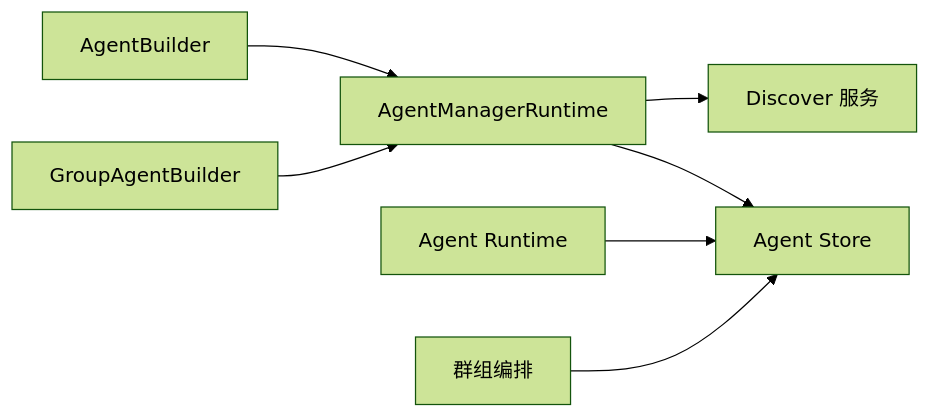
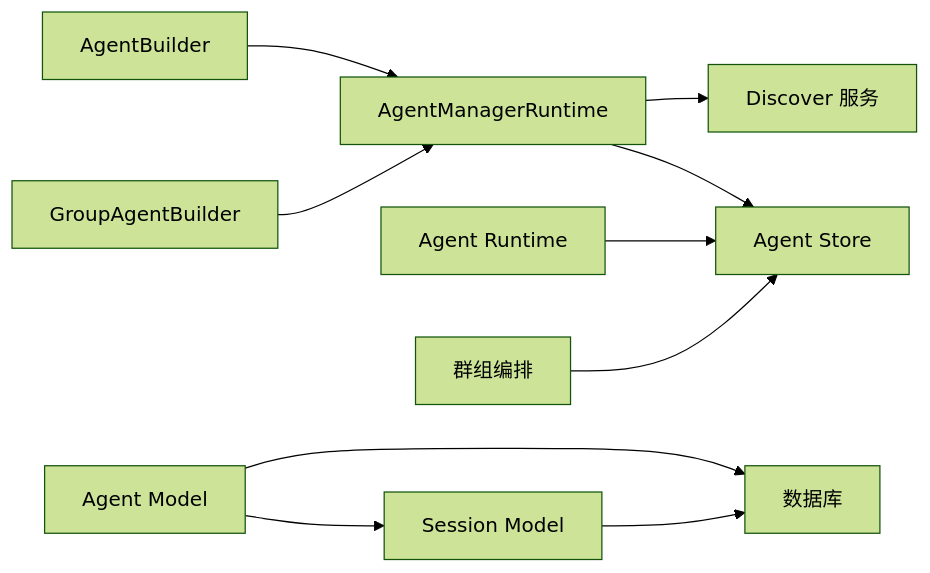
The tenth of 10 diagrams in .qoder/repowiki/zh/content/核心功能模块/Agent 管理系统.md (AvatoLabs/avato), drawn with Mermaid (forest theme) before and after one commit. The commit also changed other lines of this file and 158 other files, not shown here.

````diff
--- a/.qoder/repowiki/zh/content/核心功能模块/Agent 管理系统.md
+++ b/.qoder/repowiki/zh/content/核心功能模块/Agent 管理系统.md
@@ -327,9 +456,12 @@
 ```mermaid
 graph LR
 AB["AgentBuilder"] --> AMR["AgentManagerRuntime"]
 GAB["GroupAgentBuilder"] --> AMR
 AMR --> DIS["Discover 服务"]
 AMR --> ST["Agent Store"]
 AR["Agent Runtime"] --> ST
 ORCH["群组编排"] --> ST
+AGENT_MODEL["Agent Model"] --> DB["数据库"]
+SESSION_MODEL["Session Model"] --> DB
+AGENT_MODEL --> SESSION_MODEL
 ```
````
